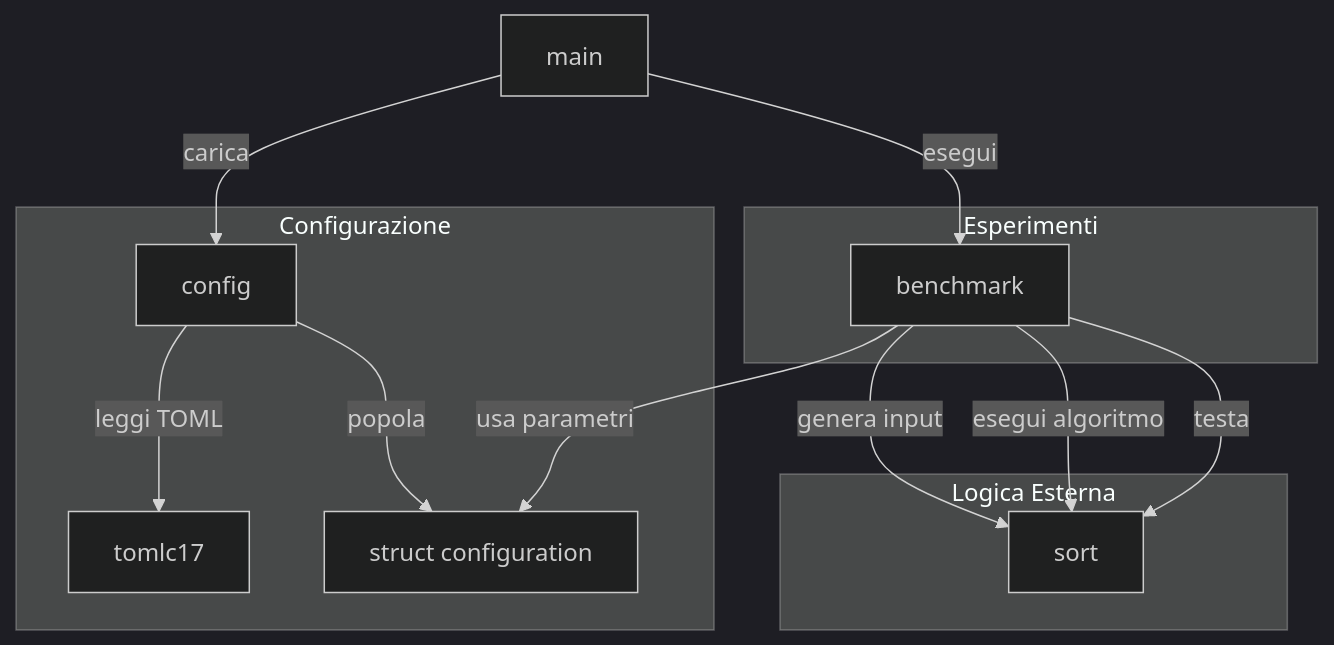
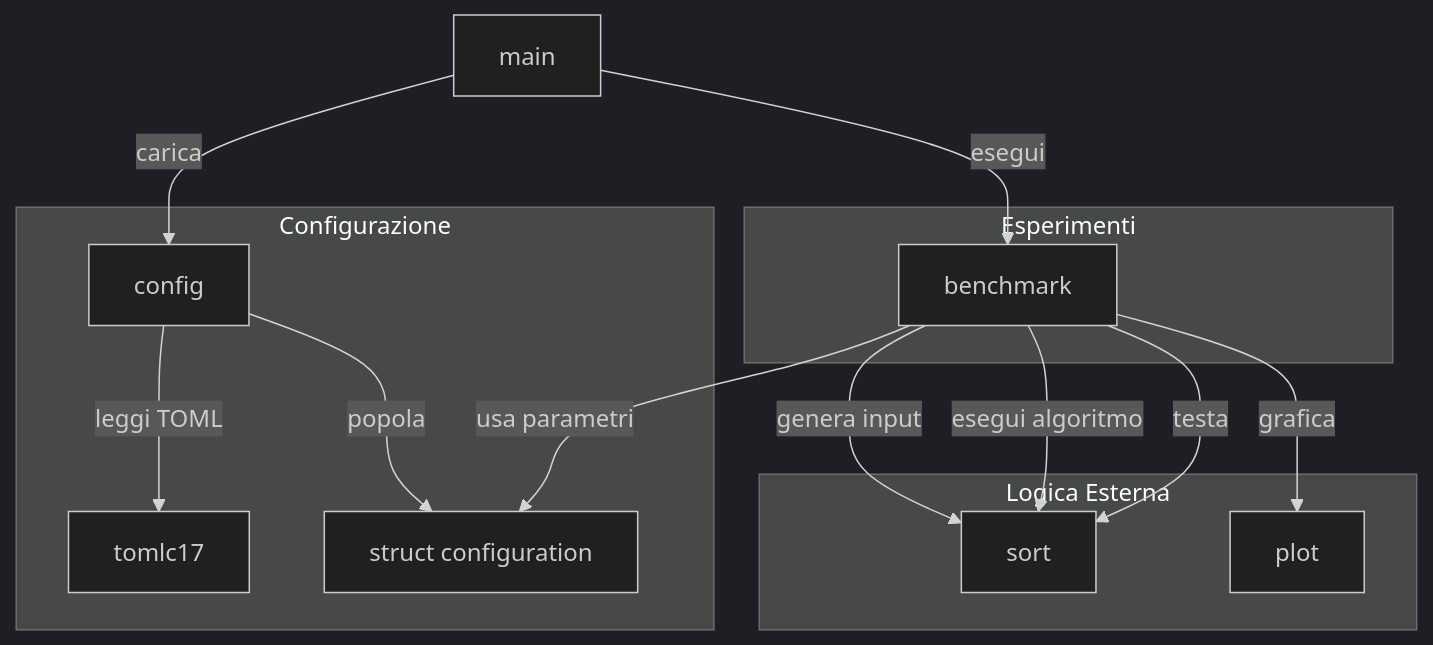
One commit to aclai-lab/algoritmi-ordinamento-2026 changed the first of 4 diagrams in README.md. Above: the diagram before and after it, drawn with Mermaid (dark theme). The commit also changed other lines of this file, not shown here.

````diff
--- a/README.md
+++ b/README.md
@@ -8,30 +8,33 @@
 ```mermaid
 flowchart TB
 
     MAIN["main"]
 
     subgraph Configurazione
         CONFIG["config"]
         TOML["tomlc17"]
         STRUCT["struct configuration"]
     end
 
     subgraph Esperimenti
         BENCH["benchmark"]
     end
 
     subgraph Logica Esterna
         SORT["sort"]
+        PLOT["plot"]
     end
 
     MAIN -->|carica| CONFIG
     CONFIG -->|leggi TOML| TOML
     CONFIG -->|popola| STRUCT
 
     MAIN -->|esegui| BENCH
     BENCH -->|usa parametri| STRUCT
 
     BENCH -->|genera input| SORT
     BENCH -->|esegui algoritmo| SORT
     BENCH -->|testa| SORT
+
+    BENCH -->|grafica| PLOT
 ```
````
